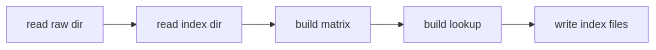
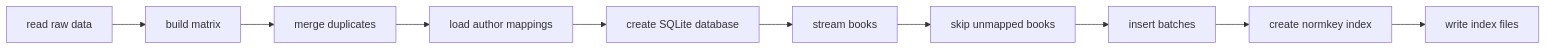
One commit to cptntrps/bookmatch changed the first of 4 diagrams in docs/3_WORKFLOWS.md. Above: the diagram before and after it, drawn with Mermaid. The commit also changed other lines of this file and 5 other files, not shown here.

````diff
--- a/docs/3_WORKFLOWS.md
+++ b/docs/3_WORKFLOWS.md
@@ -42,7 +45,12 @@
 ```mermaid
 graph LR
-    A[read raw dir] --> B[read index dir]
-    B --> C[build matrix]
-    C --> D[build lookup]
-    D --> E[write index files]
+    A[read raw data] --> B[build matrix]
+    B --> C[merge duplicates]
+    C --> D[load author mappings]
+    D --> E[create SQLite database]
+    E --> F[stream books]
+    F --> G[skip unmapped books]
+    G --> H[insert batches]
+    H --> I[create normkey index]
+    I --> J[write index files]
 ```
````
